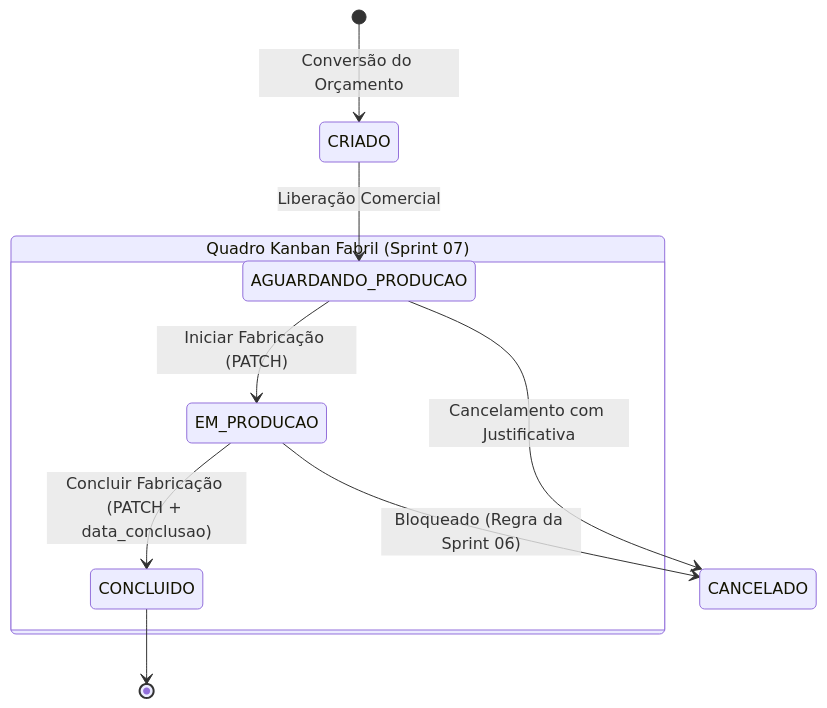
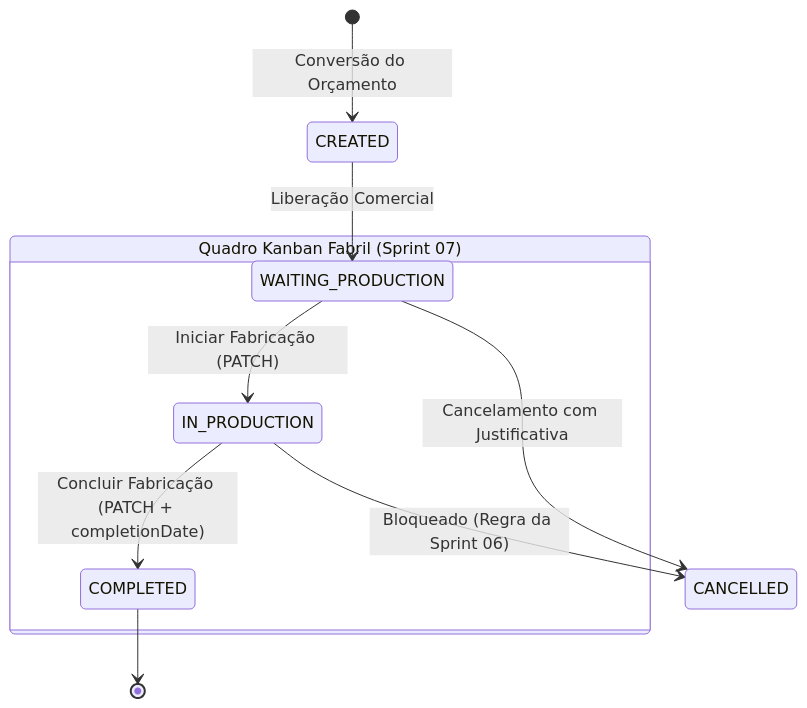
Before and after one commit to ADS-IFPB-SR/alumigest: the diagram in docs/planejamento/sprint-07/data-model.md, drawn with Mermaid. The commit also changed other lines of this file and 11 other files, not shown here.

Commit message:
docs(sprint-07): padronizar US-17 e US-18 com variaveis em ingles tecnico e regras de prototipo

````diff
--- a/docs/planejamento/sprint-07/data-model.md
+++ b/docs/planejamento/sprint-07/data-model.md
@@ -45,14 +45,14 @@
 ```mermaid
 stateDiagram-v2
-    [*] --> CRIADO: Conversão do Orçamento
-    CRIADO --> AGUARDANDO_PRODUCAO: Liberação Comercial
+    [*] --> CREATED: Conversão do Orçamento
+    CREATED --> WAITING_PRODUCTION: Liberação Comercial
     
     state "Quadro Kanban Fabril (Sprint 07)" as Kanban {
-        AGUARDANDO_PRODUCAO --> EM_PRODUCAO: Iniciar Fabricação (PATCH)
-        EM_PRODUCAO --> CONCLUIDO: Concluir Fabricação (PATCH + data_conclusao)
+        WAITING_PRODUCTION --> IN_PRODUCTION: Iniciar Fabricação (PATCH)
+        IN_PRODUCTION --> COMPLETED: Concluir Fabricação (PATCH + completionDate)
     }
     
-    AGUARDANDO_PRODUCAO --> CANCELADO: Cancelamento com Justificativa
-    EM_PRODUCAO --> CANCELADO: Bloqueado (Regra da Sprint 06)
-    CONCLUIDO --> [*]
+    WAITING_PRODUCTION --> CANCELLED: Cancelamento com Justificativa
+    IN_PRODUCTION --> CANCELLED: Bloqueado (Regra da Sprint 06)
+    COMPLETED --> [*]
 ```
````
